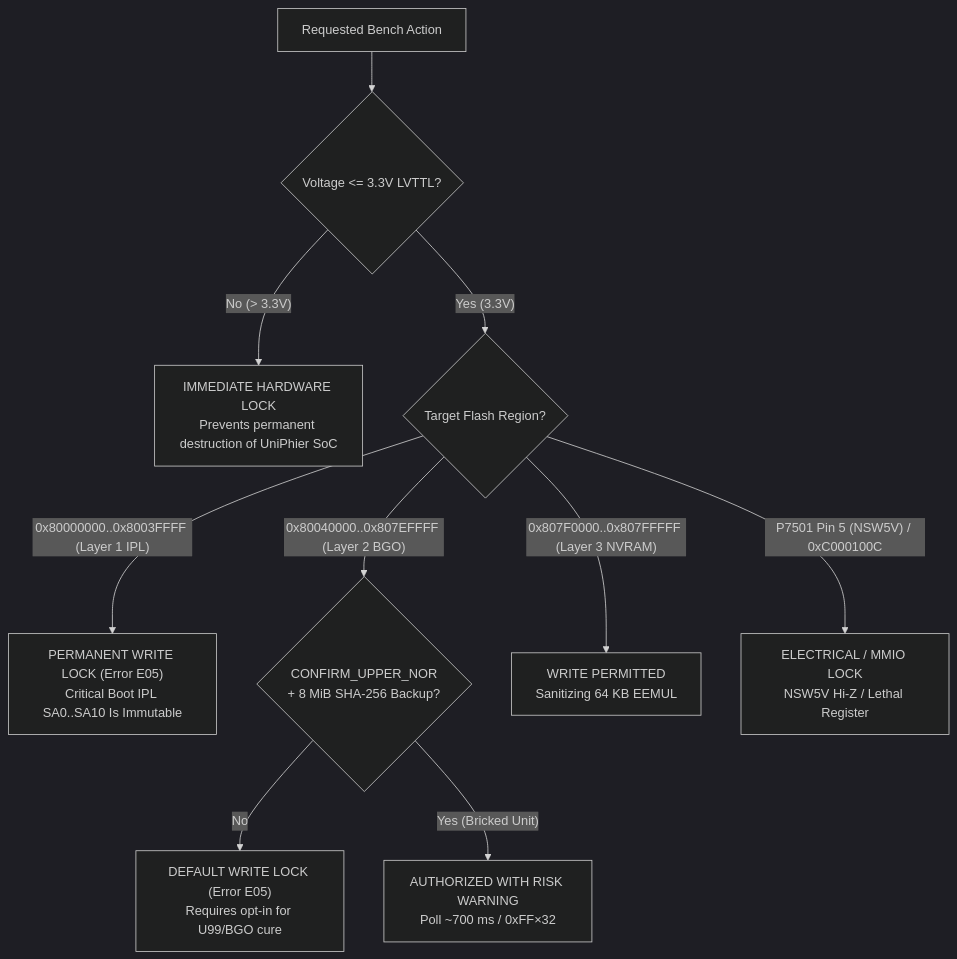
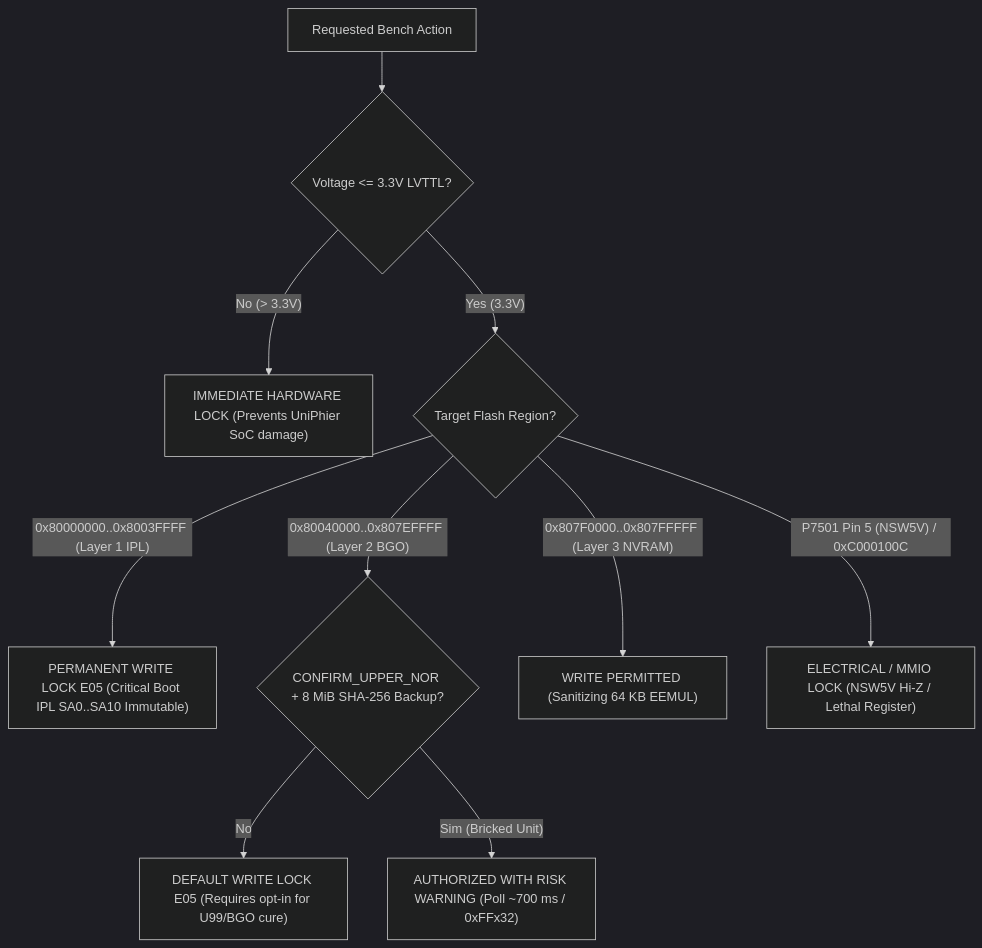
Before and after one commit to orgchrono/Panadiga: the second of 2 diagrams in docs/en-US/SYSTEM_ARCHITECTURE_AND_ENGINEERING_BLUEPRINT.md, drawn with Mermaid (dark theme). The commit also changed other lines of this file and 83 other files, not shown here.

````diff
--- a/docs/en-US/SYSTEM_ARCHITECTURE_AND_ENGINEERING_BLUEPRINT.md
+++ b/docs/en-US/SYSTEM_ARCHITECTURE_AND_ENGINEERING_BLUEPRINT.md
@@ -126,13 +134,13 @@
 ```mermaid
-graph TD
+flowchart TD
     REQ["Requested Bench Action"] --> CHECK_V{"Voltage <= 3.3V LVTTL?"}
-    CHECK_V -- "No (> 3.3V)" --> ABORT_V["IMMEDIATE HARDWARE LOCK<br/>Prevents permanent destruction of UniPhier SoC"]
+    CHECK_V -- "No (> 3.3V)" --> ABORT_V["IMMEDIATE HARDWARE LOCK (Prevents UniPhier SoC damage)"]
     CHECK_V -- "Yes (3.3V)" --> CHECK_REG{"Target Flash Region?"}
     
-    CHECK_REG -- "0x80000000..0x8003FFFF (Layer 1 IPL)" --> ABORT_BOOT["PERMANENT WRITE LOCK (Error E05)<br/>Critical Boot IPL SA0..SA10 Is Immutable"]
-    CHECK_REG -- "0x80040000..0x807EFFFF (Layer 2 BGO)" --> CHECK_OPTIN{"CONFIRM_UPPER_NOR<br/>+ 8 MiB SHA-256 Backup?"}
-    CHECK_OPTIN -- "No" --> ABORT_UPPER["DEFAULT WRITE LOCK (Error E05)<br/>Requires opt-in for U99/BGO cure"]
-    CHECK_OPTIN -- "Yes (Bricked Unit)" --> WARN_BGO["AUTHORIZED WITH RISK WARNING<br/>Poll ~700 ms / 0xFF×32"]
-    CHECK_REG -- "0x807F0000..0x807FFFFF (Layer 3 NVRAM)" --> ALLOW_NVRAM["WRITE PERMITTED<br/>Sanitizing 64 KB EEMUL"]
-    CHECK_REG -- "P7501 Pin 5 (NSW5V) / 0xC000100C" --> ABORT_PWR["ELECTRICAL / MMIO LOCK<br/>NSW5V Hi-Z / Lethal Register"]
+    CHECK_REG -- "0x80000000..0x8003FFFF (Layer 1 IPL)" --> ABORT_BOOT["PERMANENT WRITE LOCK E05 (Critical Boot IPL SA0..SA10 Immutable)"]
+    CHECK_REG -- "0x80040000..0x807EFFFF (Layer 2 BGO)" --> CHECK_OPTIN{"CONFIRM_UPPER_NOR + 8 MiB SHA-256 Backup?"}
+    CHECK_OPTIN -- "No" --> ABORT_UPPER["DEFAULT WRITE LOCK E05 (Requires opt-in for U99/BGO cure)"]
+    CHECK_OPTIN -- "Sim (Bricked Unit)" --> WARN_BGO["AUTHORIZED WITH RISK WARNING (Poll ~700 ms / 0xFFx32)"]
+    CHECK_REG -- "0x807F0000..0x807FFFFF (Layer 3 NVRAM)" --> ALLOW_NVRAM["WRITE PERMITTED (Sanitizing 64 KB EEMUL)"]
+    CHECK_REG -- "P7501 Pin 5 (NSW5V) / 0xC000100C" --> ABORT_PWR["ELECTRICAL / MMIO LOCK (NSW5V Hi-Z / Lethal Register)"]
 ```
````
